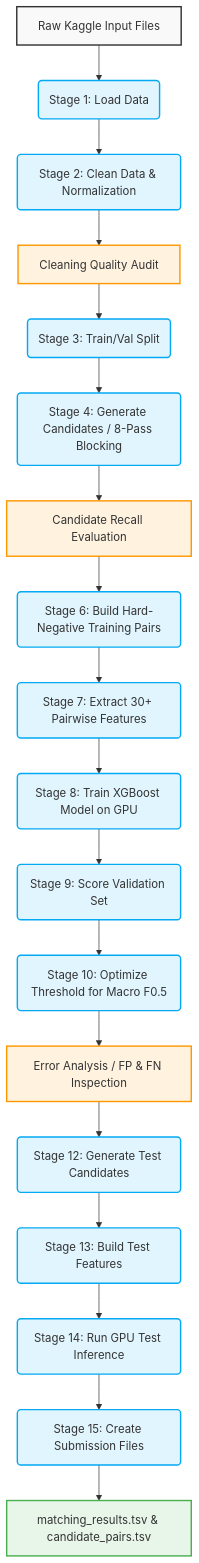
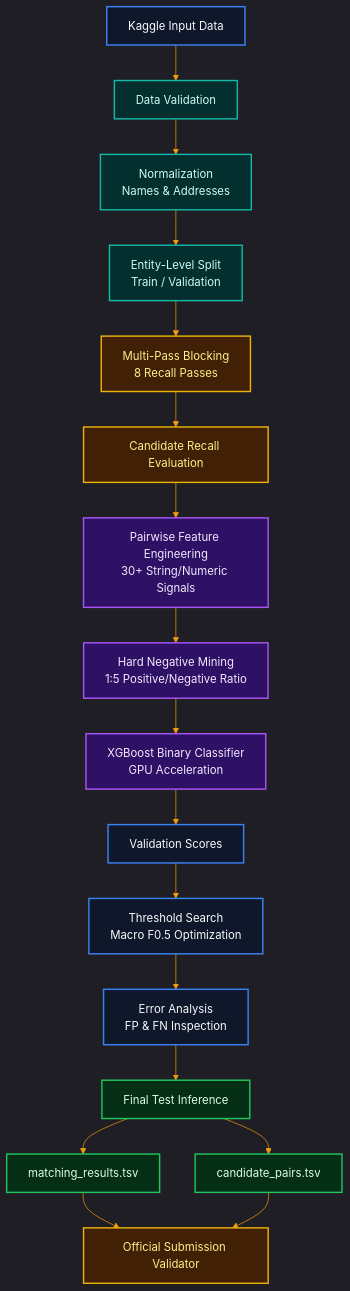
Before and after one commit to BharathPESU/ml_challenge: the diagram in README.md, drawn with Mermaid. The commit also changed other lines of this file, not shown here.

Commit message:
docs: update README.md with binary title, detailed pipeline architecture, and dark-themed Mermaid diagram

````diff
--- a/README.md
+++ b/README.md
@@ -13,31 +70,30 @@
 ```mermaid
+%%{init: {'theme': 'dark', 'themeVariables': { 'lineColor': '#f39c12', 'primaryColor': '#0f172a', 'primaryTextColor': '#ffffff', 'primaryBorderColor': '#3b82f6' }}}%%
 flowchart TD
-    %% Define Styles
-    classDef data fill:#f9f9f9,stroke:#333,stroke-width:2px;
-    classDef process fill:#e1f5fe,stroke:#03a9f4,stroke-width:2px;
-    classDef eval fill:#fff3e0,stroke:#ff9800,stroke-width:2px;
-    classDef output fill:#e8f5e9,stroke:#4caf50,stroke-width:2px;
+    classDef darkBlue fill:#0f172a,stroke:#3b82f6,stroke-width:2px,color:#f8fafc;
+    classDef darkYellow fill:#422006,stroke:#eab308,stroke-width:2px,color:#fef08a;
+    classDef darkTeal fill:#042f2e,stroke:#14b8a6,stroke-width:2px,color:#ccfbf1;
+    classDef darkPurple fill:#2e1065,stroke:#a855f7,stroke-width:2px,color:#f3e8ff;
+    classDef darkGreen fill:#052e16,stroke:#22c55e,stroke-width:2px,color:#dcfce7;
 
-    A[Raw Kaggle Input Files]:::data --> B(Stage 1: Load Data):::process
-    B --> C(Stage 2: Clean Data & Normalization):::process
-    C --> C_EVAL[Cleaning Quality Audit]:::eval
-    C_EVAL --> D(Stage 3: Train/Val Split):::process
+    A[Kaggle Input Data]:::darkBlue --> B[Data Validation]:::darkTeal
+    B --> C[Normalization<br/>Names & Addresses]:::darkTeal
+    C --> D[Entity-Level Split<br/>Train / Validation]:::darkTeal
     
-    D --> E(Stage 4: Generate Candidates / 8-Pass Blocking):::process
-    E --> F[Candidate Recall Evaluation]:::eval
+    D --> E[Multi-Pass Blocking<br/>8 Recall Passes]:::darkYellow
+    E --> F[Candidate Recall Evaluation]:::darkYellow
     
-    F --> G(Stage 6: Build Hard-Negative Training Pairs):::process
-    G --> H(Stage 7: Extract 30+ Pairwise Features):::process
-    H --> I(Stage 8: Train XGBoost Model on GPU):::process
+    F --> G[Pairwise Feature Engineering<br/>30+ String/Numeric Signals]:::darkPurple
+    G --> H[Hard Negative Mining<br/>1:5 Positive/Negative Ratio]:::darkPurple
+    H --> I[XGBoost Binary Classifier<br/>GPU Acceleration]:::darkPurple
     
-    I --> J(Stage 9: Score Validation Set):::process
-    J --> K(Stage 10: Optimize Threshold for Macro F0.5):::process
-    K --> L[Error Analysis / FP & FN Inspection]:::eval
+    I --> J[Validation Scores]:::darkBlue
+    J --> K[Threshold Search<br/>Macro F0.5 Optimization]:::darkBlue
+    K --> L[Error Analysis<br/>FP & FN Inspection]:::darkBlue
     
-    L --> M(Stage 12: Generate Test Candidates):::process
-    M --> N(Stage 13: Build Test Features):::process
-    N --> O(Stage 14: Run GPU Test Inference):::process
-    
-    O --> P(Stage 15: Create Submission Files):::process
-    P --> Q[matching_results.tsv & candidate_pairs.tsv]:::output
+    L --> M[Final Test Inference]:::darkGreen
+    M --> N1[matching_results.tsv]:::darkGreen
+    M --> N2[candidate_pairs.tsv]:::darkGreen
+    N1 --> O[Official Submission Validator]:::darkYellow
+    N2 --> O:::darkYellow
 ```
````
